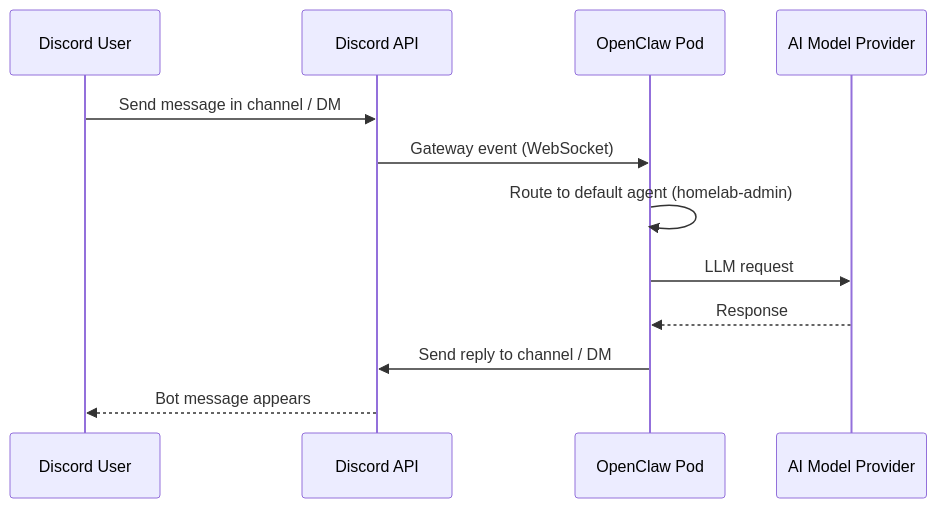
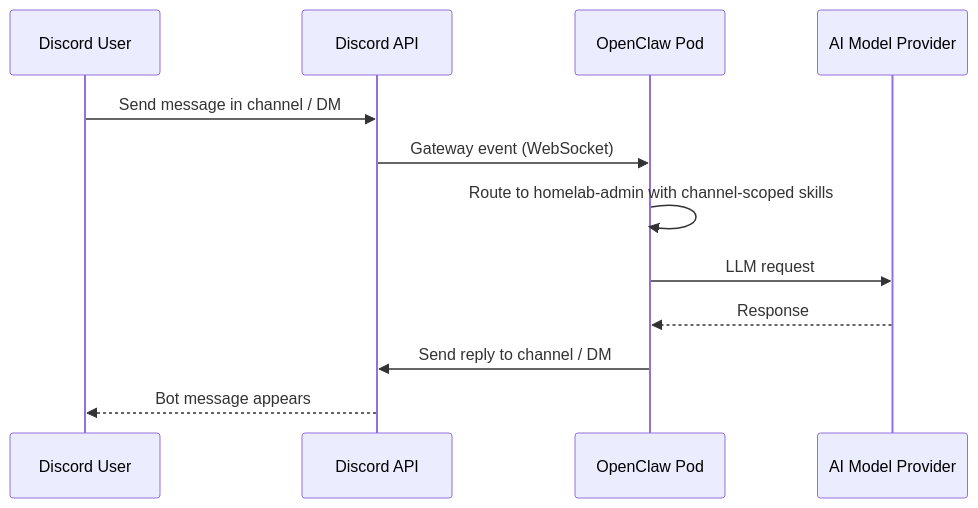
One commit to haingth77/homelab changed the sixth of 7 diagrams in k8s/apps/openclaw/README.md. Above: the diagram before and after it, drawn with Mermaid. The commit also changed other lines of this file and 6 other files, not shown here.

````diff
--- a/k8s/apps/openclaw/README.md
+++ b/k8s/apps/openclaw/README.md
@@ -353,15 +398,15 @@
 ```mermaid
 sequenceDiagram
     participant User as Discord User
     participant Discord as Discord API
     participant OC as OpenClaw Pod
     participant Model as AI Model Provider
 
     User->>Discord: Send message in channel / DM
     Discord->>OC: Gateway event (WebSocket)
-    OC->>OC: Route to default agent (homelab-admin)
+    OC->>OC: Route to homelab-admin with channel-scoped skills
     OC->>Model: LLM request
     Model-->>OC: Response
     OC->>Discord: Send reply to channel / DM
     Discord-->>User: Bot message appears
 ```
````
